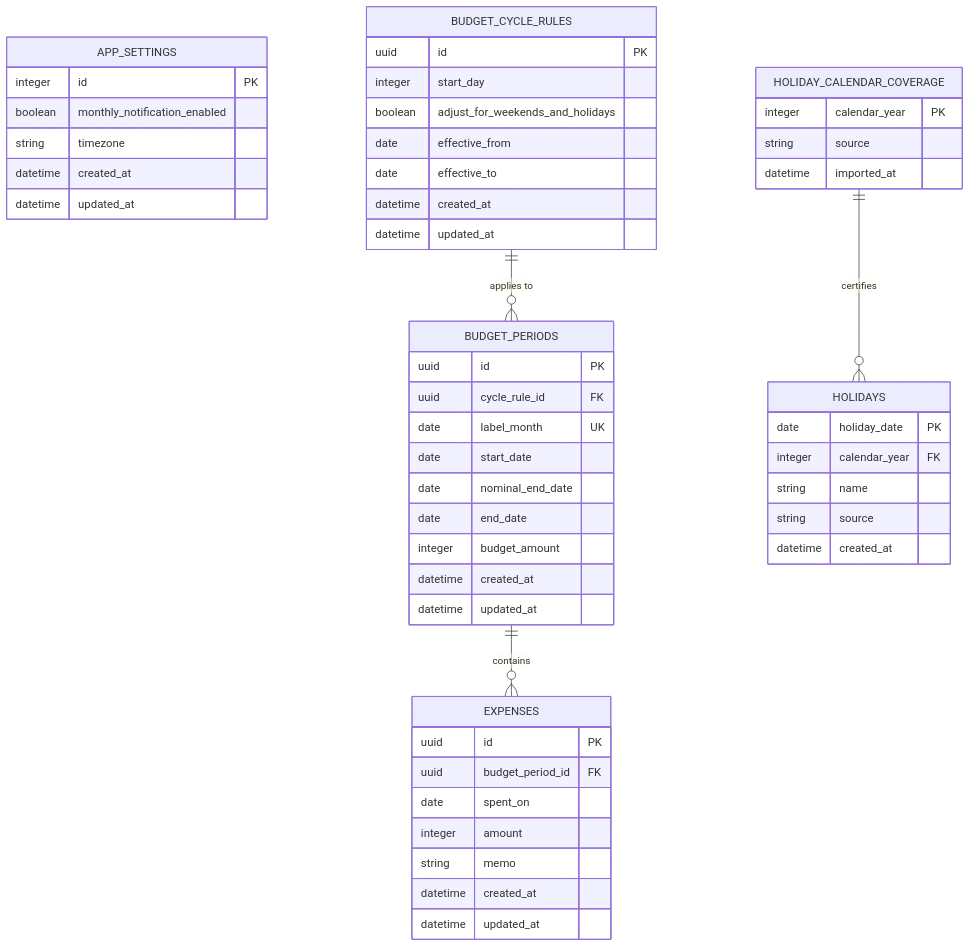
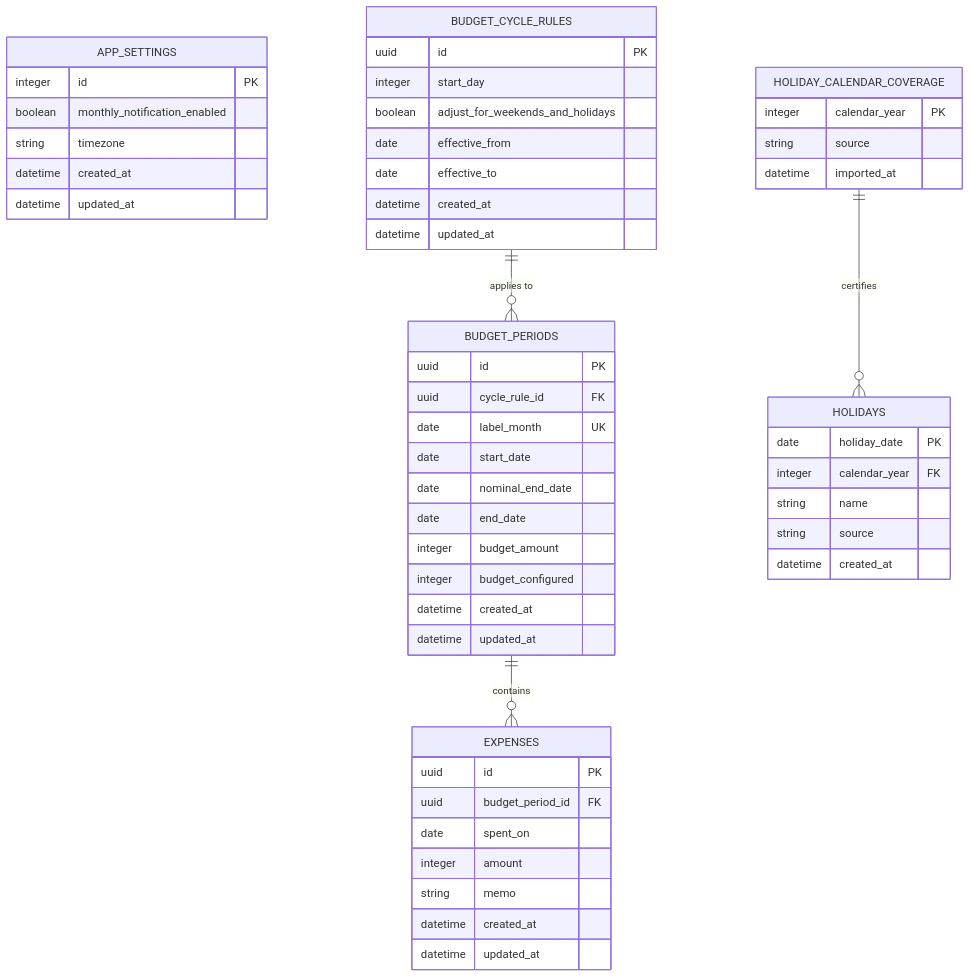
Before and after one commit to okShin0420/ZuboraKakeibo: the diagram in docs/database/DATABASE_DESIGN.md, drawn with Mermaid. The commit also changed other lines of this file and 113 other files, not shown here.

````diff
--- a/docs/database/DATABASE_DESIGN.md
+++ b/docs/database/DATABASE_DESIGN.md
@@ -15,59 +16,60 @@
 ```mermaid
 erDiagram
     APP_SETTINGS {
         integer id PK
         boolean monthly_notification_enabled
         string timezone
         datetime created_at
         datetime updated_at
     }
 
     BUDGET_CYCLE_RULES ||--o{ BUDGET_PERIODS : "applies to"
     BUDGET_CYCLE_RULES {
         uuid id PK
         integer start_day
         boolean adjust_for_weekends_and_holidays
         date effective_from
         date effective_to
         datetime created_at
         datetime updated_at
     }
 
     BUDGET_PERIODS ||--o{ EXPENSES : contains
     BUDGET_PERIODS {
         uuid id PK
         uuid cycle_rule_id FK
         date label_month UK
         date start_date
         date nominal_end_date
         date end_date
         integer budget_amount
+        integer budget_configured
         datetime created_at
         datetime updated_at
     }
 
     EXPENSES {
         uuid id PK
         uuid budget_period_id FK
         date spent_on
         integer amount
         string memo
         datetime created_at
         datetime updated_at
     }
 
     HOLIDAY_CALENDAR_COVERAGE ||--o{ HOLIDAYS : certifies
     HOLIDAY_CALENDAR_COVERAGE {
         integer calendar_year PK
         string source
         datetime imported_at
     }
 
     HOLIDAYS {
         date holiday_date PK
         integer calendar_year FK
         string name
         string source
         datetime created_at
     }
 ```
````
